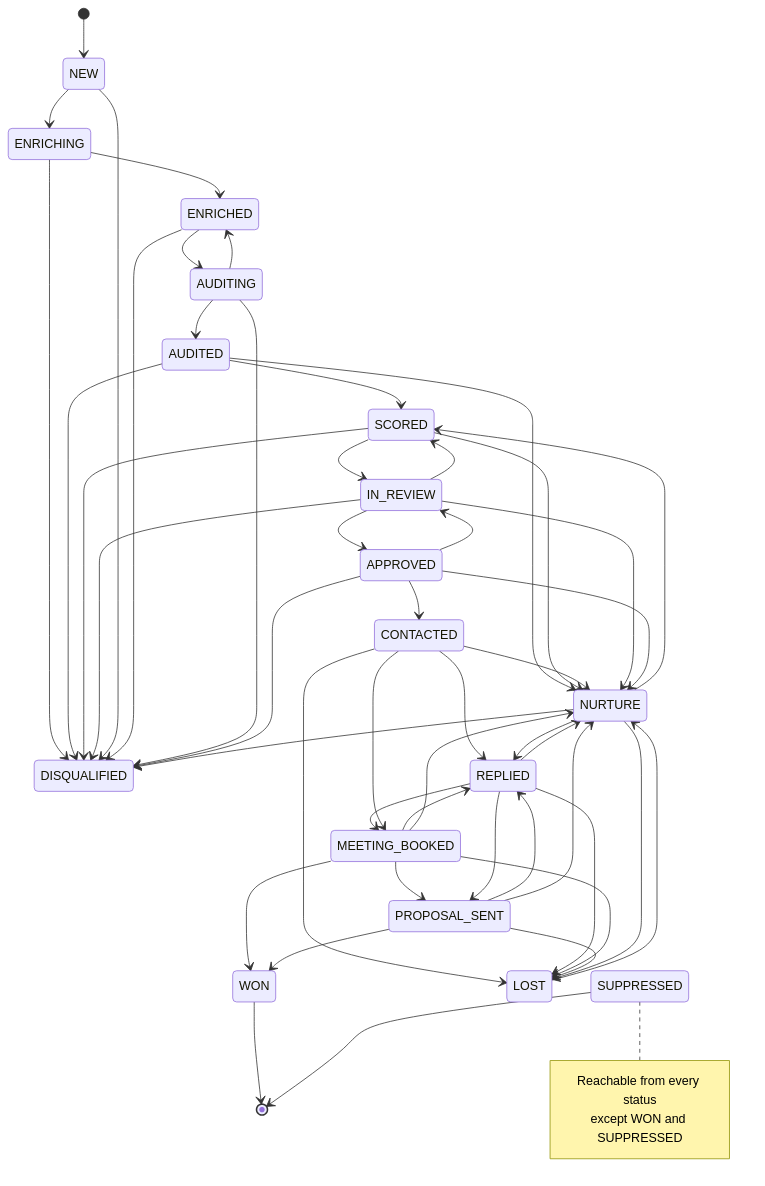
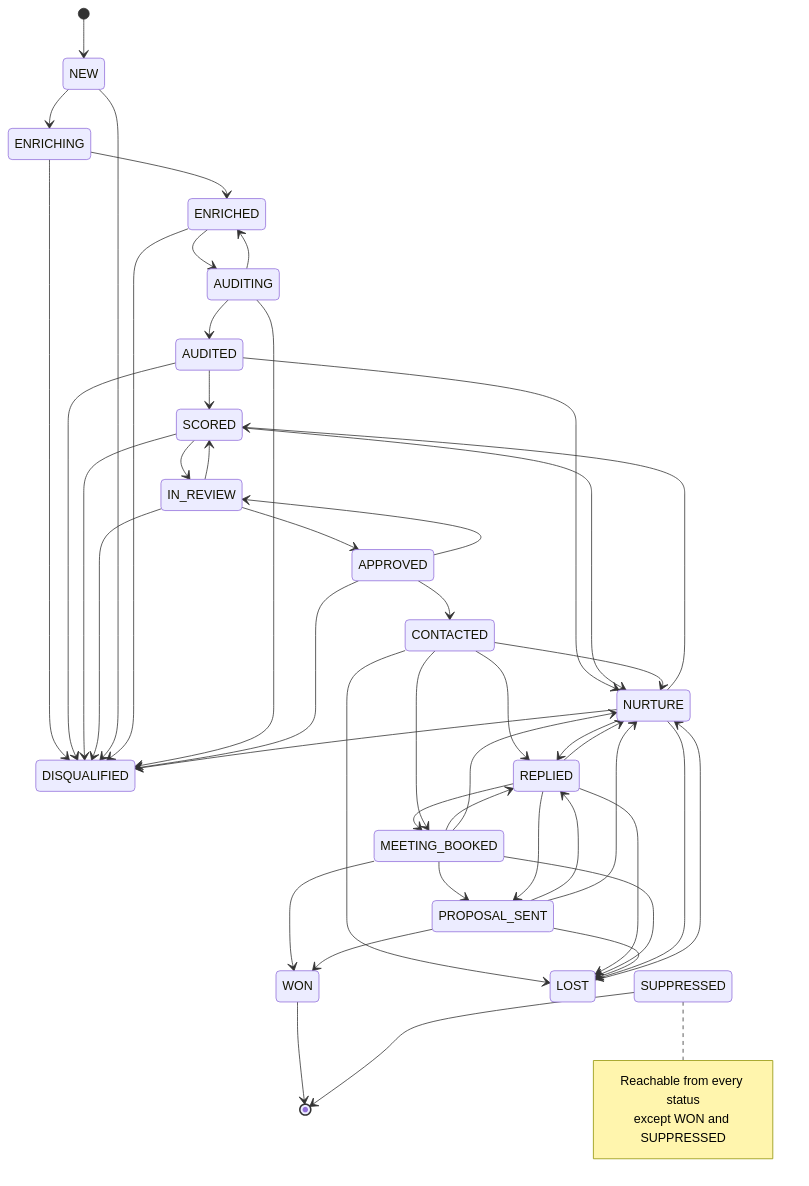
The second of 2 diagrams in docs/specs/module-acquisition.md (Futureuni-org/futureuni-platform), drawn with Mermaid before and after one commit. The commit also changed 22 other files, not shown here.

````diff
--- a/docs/specs/module-acquisition.md
+++ b/docs/specs/module-acquisition.md
@@ -1031,55 +1031,53 @@
 ```mermaid
 stateDiagram-v2
   [*] --> NEW
   NEW --> ENRICHING
   ENRICHING --> ENRICHED
   ENRICHING --> DISQUALIFIED
   ENRICHED --> AUDITING
   AUDITING --> AUDITED
   AUDITING --> ENRICHED
   AUDITED --> SCORED
   AUDITED --> DISQUALIFIED
   AUDITED --> NURTURE
   SCORED --> NURTURE
   SCORED --> DISQUALIFIED
   NURTURE --> SCORED
   SCORED --> IN_REVIEW
   IN_REVIEW --> APPROVED
   IN_REVIEW --> SCORED
   IN_REVIEW --> DISQUALIFIED
   APPROVED --> CONTACTED
   APPROVED --> IN_REVIEW
   CONTACTED --> REPLIED
   CONTACTED --> NURTURE
   REPLIED --> NURTURE
   NURTURE --> REPLIED
   REPLIED --> MEETING_BOOKED
   MEETING_BOOKED --> REPLIED
   MEETING_BOOKED --> PROPOSAL_SENT
   REPLIED --> PROPOSAL_SENT
   MEETING_BOOKED --> WON
   PROPOSAL_SENT --> WON
   CONTACTED --> LOST
   REPLIED --> LOST
   MEETING_BOOKED --> LOST
   PROPOSAL_SENT --> LOST
   NURTURE --> LOST
   LOST --> NURTURE
   CONTACTED --> MEETING_BOOKED
   PROPOSAL_SENT --> REPLIED
-  IN_REVIEW --> NURTURE
-  APPROVED --> NURTURE
   MEETING_BOOKED --> NURTURE
   PROPOSAL_SENT --> NURTURE
   NEW --> DISQUALIFIED
   ENRICHED --> DISQUALIFIED
   AUDITING --> DISQUALIFIED
   APPROVED --> DISQUALIFIED
   NURTURE --> DISQUALIFIED
   WON --> [*]
   SUPPRESSED --> [*]
   note right of SUPPRESSED
     Reachable from every status
     except WON and SUPPRESSED
   end note
 ```
````
